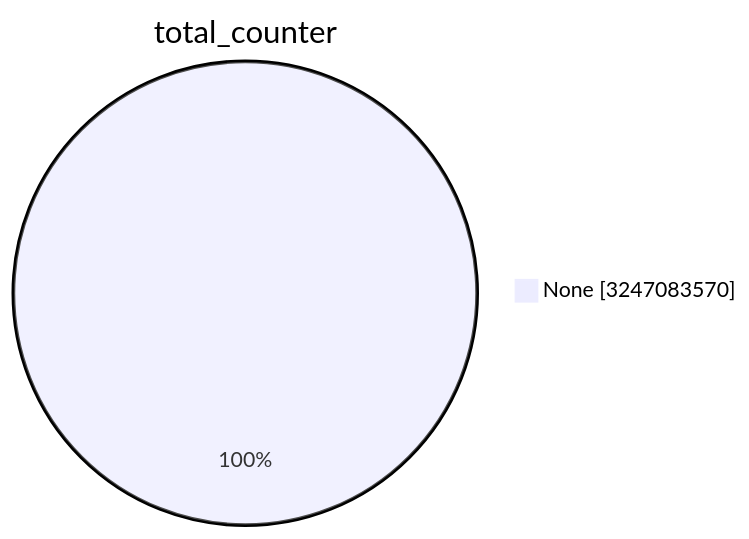
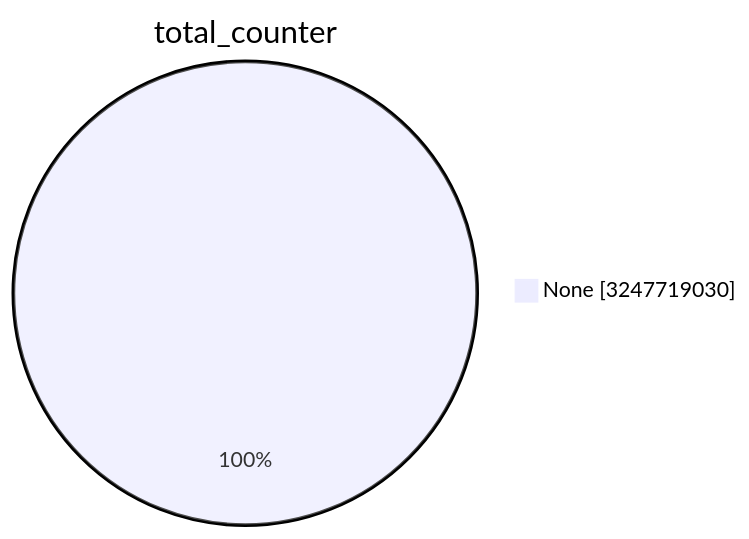
The first of 15 diagrams in TOTAL/README.md (christiankrug/ctmonitor_visualization), drawn with Mermaid before and after one commit. The commit also changed other lines of this file, not shown here.

````diff
--- a/TOTAL/README.md
+++ b/TOTAL/README.md
@@ -1,5 +1,5 @@
 ```mermaid
 pie showData
 title total_counter
-"None" :3247083570
+"None" :3247719030
 ```
````
